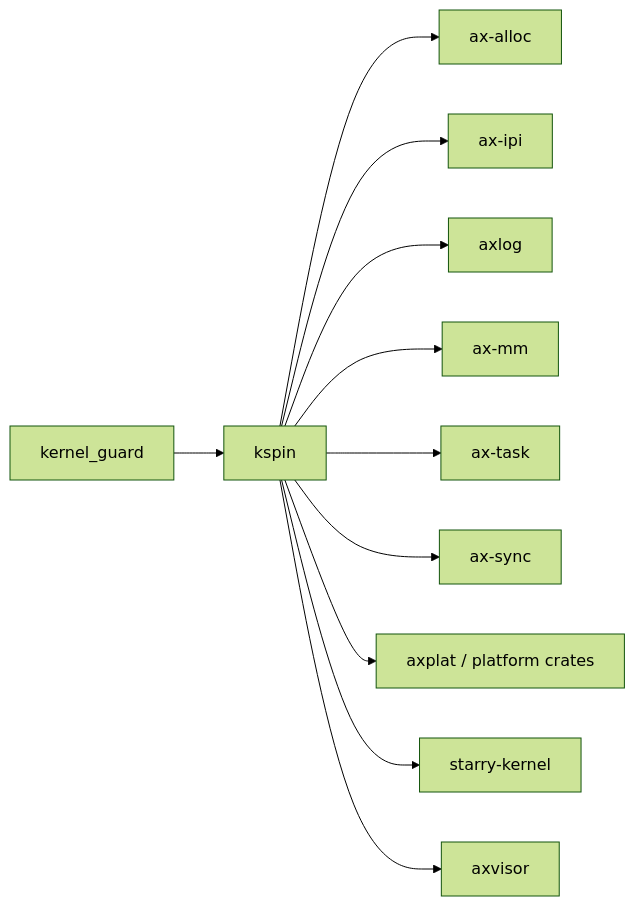
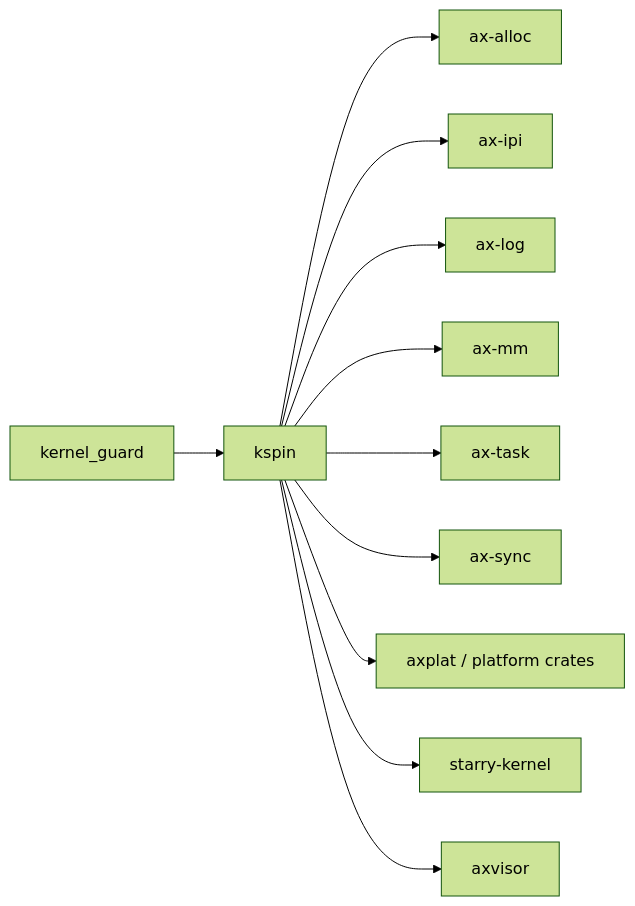
One commit to zKurisu/tgoskits changed the diagram in docs/crates/kspin.md. Above: the diagram before and after it, drawn with Mermaid (forest theme). The commit also changed other lines of this file and 44 other files, not shown here.

Commit message:
rename axlog to ax-log

````diff
--- a/docs/crates/kspin.md
+++ b/docs/crates/kspin.md
@@ -61,14 +61,14 @@
 ```mermaid
 graph LR
     kernel_guard["kernel_guard"] --> kspin["kspin"]
 
     kspin --> ax-alloc["ax-alloc"]
     kspin --> ax-ipi["ax-ipi"]
-    kspin --> axlog["axlog"]
+    kspin --> ax-log["ax-log"]
     kspin --> ax-mm["ax-mm"]
     kspin --> ax-task["ax-task"]
     kspin --> ax-sync["ax-sync"]
     kspin --> axplat["axplat / platform crates"]
     kspin --> starry["starry-kernel"]
     kspin --> axvisor["axvisor"]
 ```
````
